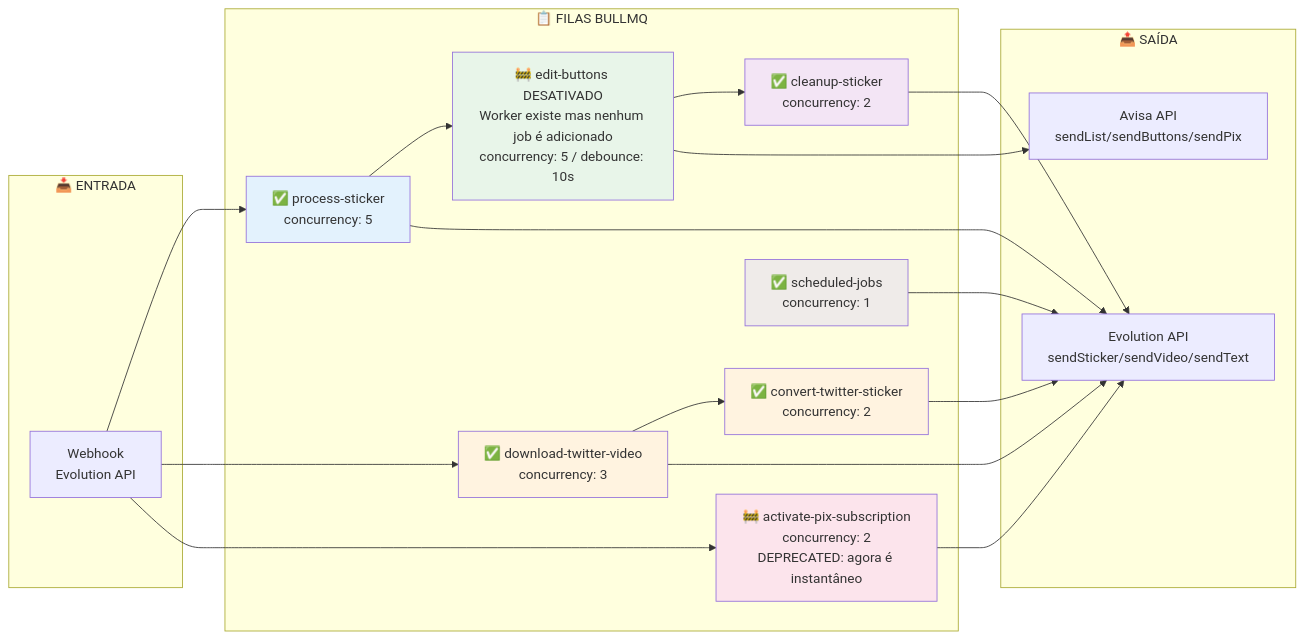
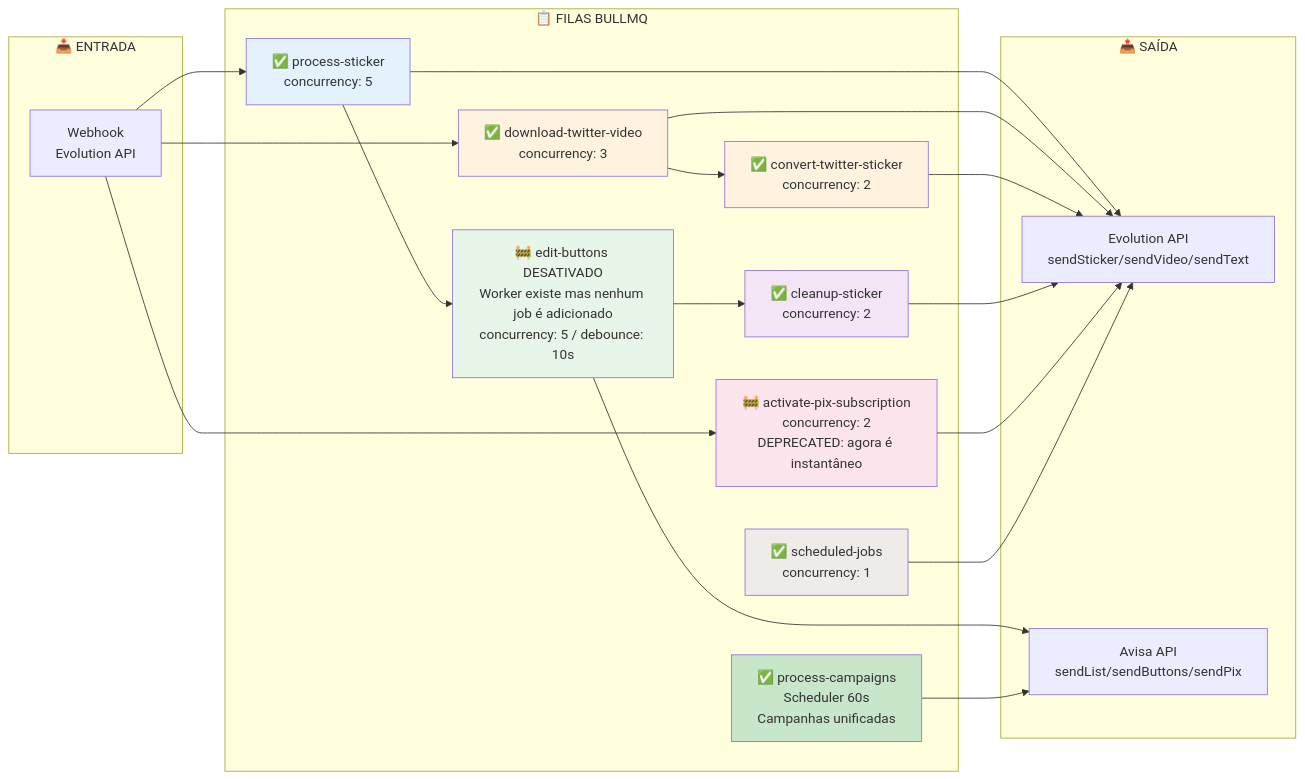
Before and after one commit to reisspaulo/sticker: the eighth of 25 diagrams in docs/architecture/FLOWCHARTS.md, drawn with Mermaid. The commit also changed other lines of this file and 8 other files, not shown here.

First line of the commit message:
feat(campaigns): add unified campaigns system replacing sequences

````diff
--- a/docs/architecture/FLOWCHARTS.md
+++ b/docs/architecture/FLOWCHARTS.md
@@ -436,45 +436,48 @@
 ```mermaid
 flowchart LR
     subgraph entrada["📥 ENTRADA"]
         WH[Webhook<br/>Evolution API]
     end
 
     subgraph filas["📋 FILAS BULLMQ"]
         Q1[✅ process-sticker<br/>concurrency: 5]
         Q2[✅ download-twitter-video<br/>concurrency: 3]
         Q3[✅ convert-twitter-sticker<br/>concurrency: 2]
         Q4[✅ cleanup-sticker<br/>concurrency: 2]
         Q5[🚧 edit-buttons DESATIVADO<br/>Worker existe mas nenhum job é adicionado<br/>concurrency: 5 / debounce: 10s]
         Q6[🚧 activate-pix-subscription<br/>concurrency: 2<br/>DEPRECATED: agora é instantâneo]
         Q7[✅ scheduled-jobs<br/>concurrency: 1]
+        Q8[✅ process-campaigns<br/>Scheduler 60s<br/>Campanhas unificadas]
     end
 
     subgraph saida["📤 SAÍDA"]
         EV[Evolution API<br/>sendSticker/sendVideo/sendText]
         AV[Avisa API<br/>sendList/sendButtons/sendPix]
     end
 
     WH --> Q1
     WH --> Q2
     WH --> Q6
 
     Q1 --> Q5
     Q2 --> Q3
     Q5 --> Q4
 
     Q1 --> EV
     Q2 --> EV
     Q3 --> EV
     Q4 --> EV
     Q5 --> AV
     Q6 --> EV
     Q7 --> EV
+    Q8 --> AV
 
     style Q1 fill:#e3f2fd
     style Q2 fill:#fff3e0
     style Q3 fill:#fff3e0
     style Q4 fill:#f3e5f5
     style Q5 fill:#e8f5e9
     style Q6 fill:#fce4ec
     style Q7 fill:#efebe9
+    style Q8 fill:#c8e6c9
 ```
````
